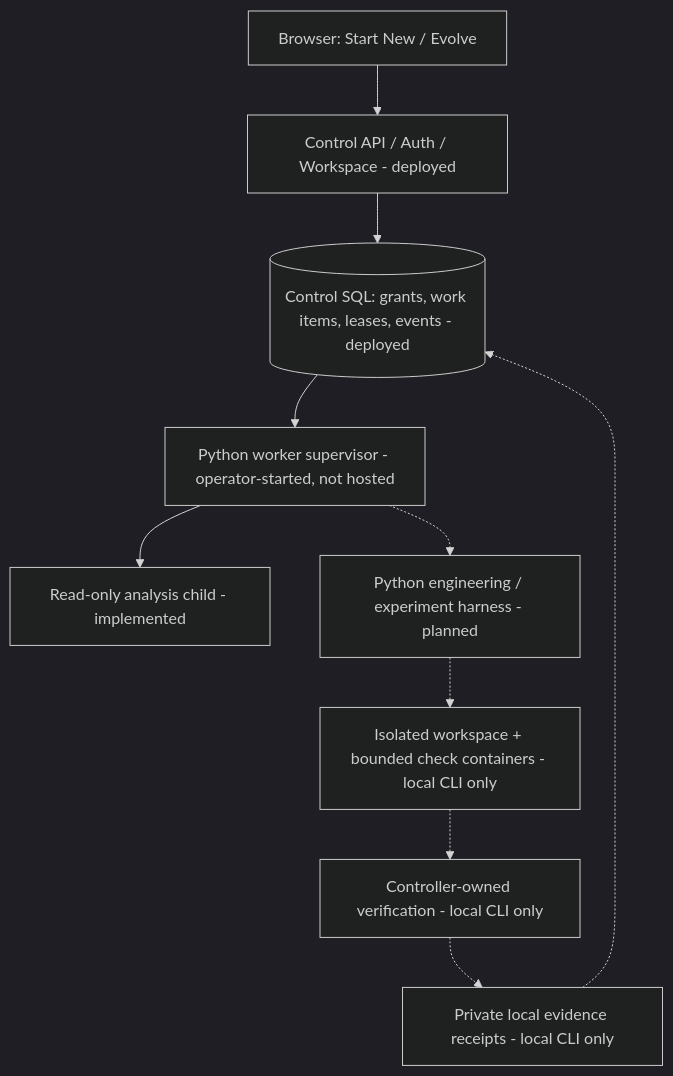
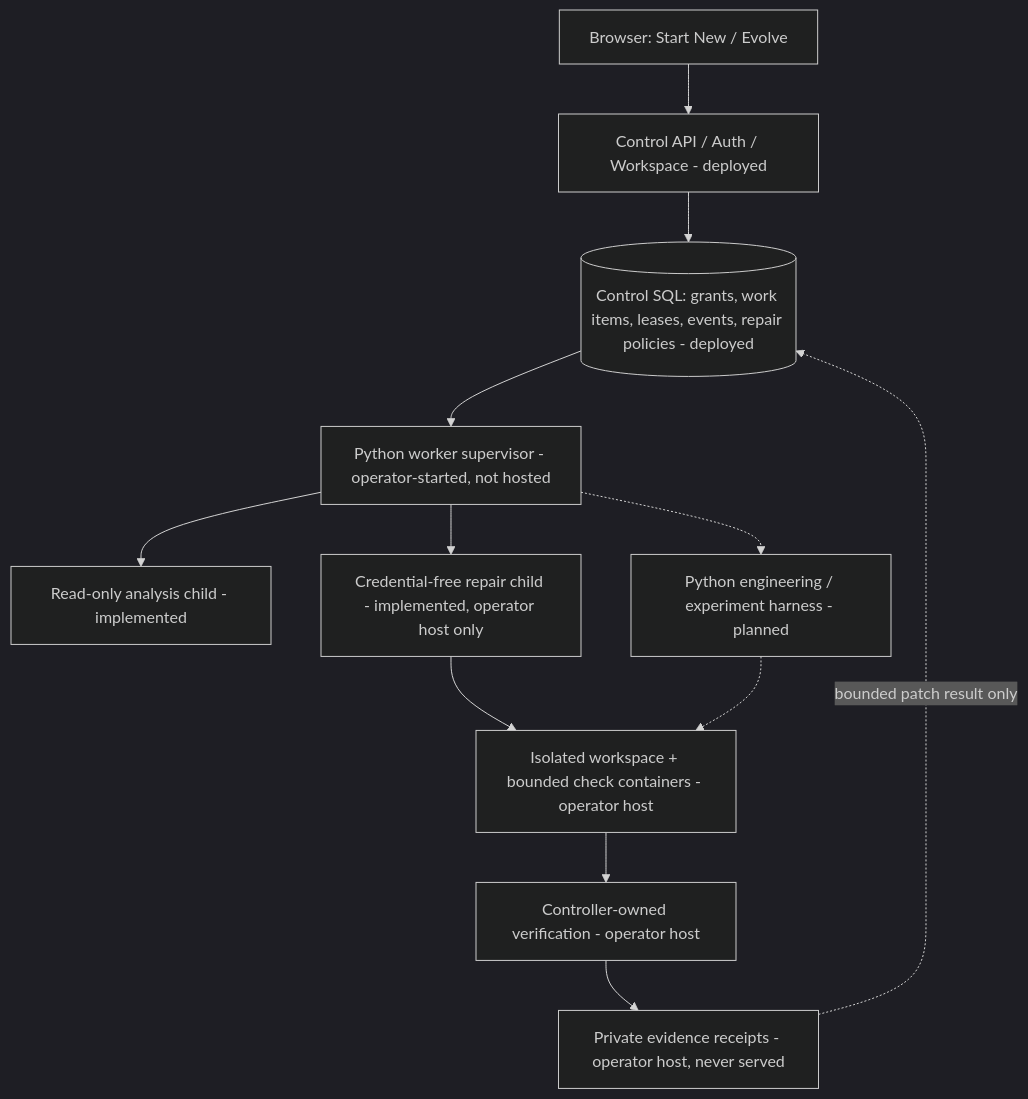
The diagram in docs/ARCHITECTURE.md (suhasaitham22/Oryveta), drawn with Mermaid (dark theme) before and after one commit. The commit also changed other lines of this file and 36 other files, not shown here.

````diff
--- a/docs/ARCHITECTURE.md
+++ b/docs/ARCHITECTURE.md
@@ -51,12 +55,14 @@
 ```mermaid
 flowchart TD
     U[Browser: Start New / Evolve] --> C[Control API / Auth / Workspace - deployed]
-    C --> D[(Control SQL: grants, work items, leases, events - deployed)]
+    C --> D[(Control SQL: grants, work items, leases, events, repair policies - deployed)]
     D --> R[Python worker supervisor - operator-started, not hosted]
     R --> P[Read-only analysis child - implemented]
+    R --> W[Credential-free repair child - implemented, operator host only]
+    W --> S[Isolated workspace + bounded check containers - operator host]
+    S --> V[Controller-owned verification - operator host]
+    V --> A[Private evidence receipts - operator host, never served]
+    A -. bounded patch result only .-> D
     R -.-> H[Python engineering / experiment harness - planned]
-    H -.-> S[Isolated workspace + bounded check containers - local CLI only]
-    S -.-> V[Controller-owned verification - local CLI only]
-    V -.-> A[Private local evidence receipts - local CLI only]
-    A -.-> D
+    H -.-> S
 ```
````
